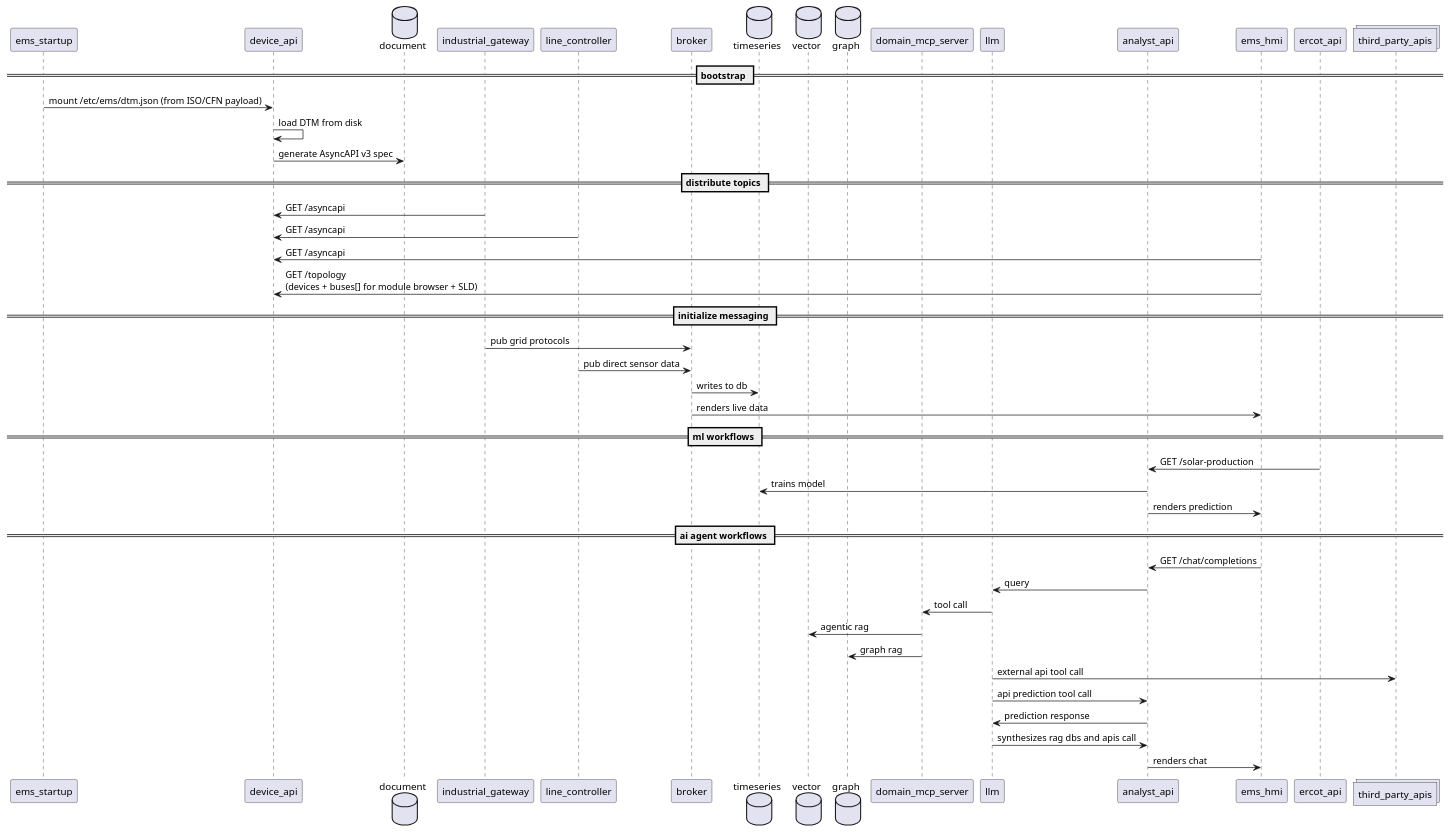
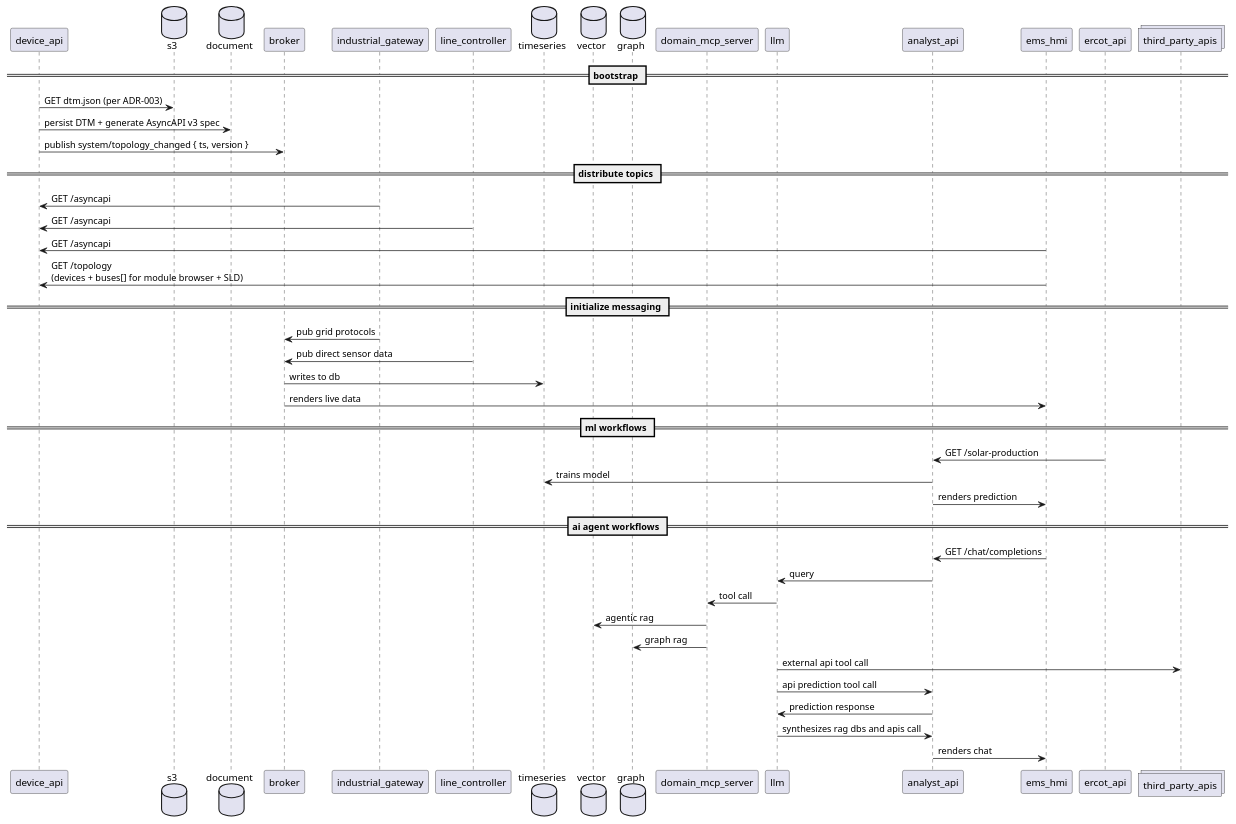
Before and after one commit to arcnode-io/ems: the second of 5 diagrams in readme.md, drawn with PlantUML. The commit also changed other lines of this file, not shown here.

Commit message:
📝 docs: readme sequence + cloud diagram align with ADR-003
Sequence diagram bootstrap shows S3 GET (was stale /etc/ems/dtm.json
file-mount which ADR-003 explicitly rejected). Adds system/topology_changed
publish to bootstrap step (PR 6 shipped). Cloud deployment diagram shows
device_api → s3 (boot) + device_api → aurora_serverless (persistence).

````diff
--- a/readme.md
+++ b/readme.md
@@ -69,46 +69,46 @@
 ```plantuml
-participant ems_startup
 participant device_api
+database s3
 database document
+participant broker
 participant industrial_gateway
 participant line_controller
-participant broker
 database timeseries
 database vector
 database graph
 participant domain_mcp_server
 participant llm
 participant analyst_api
 participant ems_hmi
 participant ercot_api
 collections third_party_apis
 == bootstrap ==
-ems_startup -> device_api: mount /etc/ems/dtm.json (from ISO/CFN payload)
-device_api -> device_api: load DTM from disk
-device_api -> document: generate AsyncAPI v3 spec
+device_api -> s3: GET dtm.json (per ADR-003)
+device_api -> document: persist DTM + generate AsyncAPI v3 spec
+device_api -> broker: publish system/topology_changed { ts, version }
 == distribute topics ==
 industrial_gateway -> device_api: GET /asyncapi
 line_controller -> device_api: GET /asyncapi
 ems_hmi -> device_api: GET /asyncapi
 ems_hmi -> device_api: GET /topology\n(devices + buses[] for module browser + SLD)
 ==  initialize messaging ==
 industrial_gateway -> broker: pub grid protocols
 line_controller -> broker: pub direct sensor data
 broker -> timeseries: writes to db
 broker -> ems_hmi: renders live data
 == ml workflows ==
 ercot_api -> analyst_api: GET /solar-production
 timeseries <- analyst_api: trains model
 analyst_api -> ems_hmi: renders prediction
 == ai agent workflows ==
 ems_hmi -> analyst_api: GET /chat/completions  
 analyst_api -> llm: query
 llm -> domain_mcp_server: tool call
 domain_mcp_server -> vector: agentic rag
 domain_mcp_server -> graph: graph rag
 llm -> third_party_apis: external api tool call
 llm -> analyst_api: api prediction tool call
 analyst_api -> llm: prediction response
 llm -> analyst_api: synthesizes rag dbs and apis call
 analyst_api -> ems_hmi: renders chat
 ```
````
